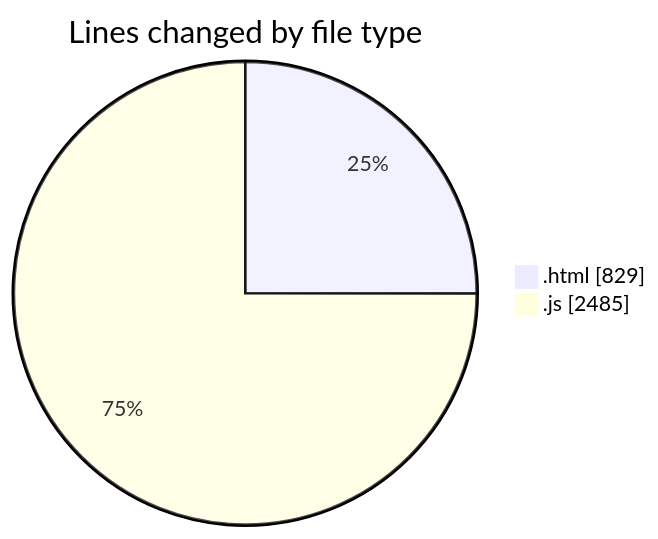
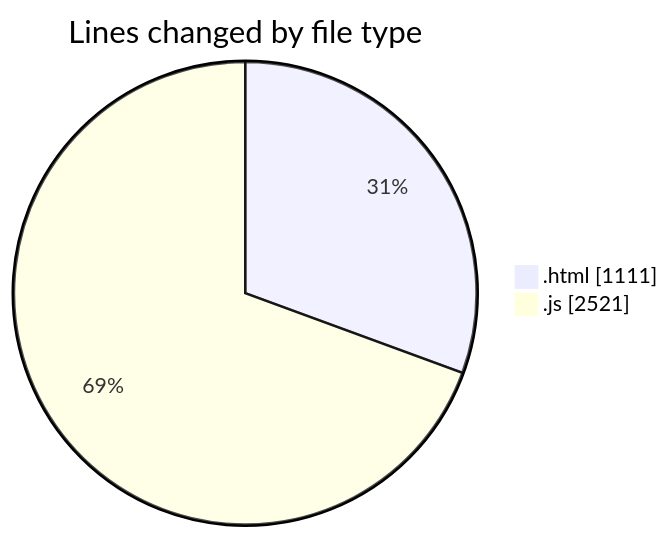
The first of 2 diagrams in 2026-02-19/bot_v1_2/README.md (becaeroporto-bot/code-tracking), drawn with Mermaid before and after one commit. The commit also changed other lines of this file and 1 other file, not shown here.

````diff
--- a/2026-02-19/bot_v1_2/README.md
+++ b/2026-02-19/bot_v1_2/README.md
@@ -26,6 +26,6 @@
 ```mermaid
 pie showData
 title Lines changed by file type
-".html" : 829
-".js" : 2485
+".html" : 1111
+".js" : 2521
 ```
````
